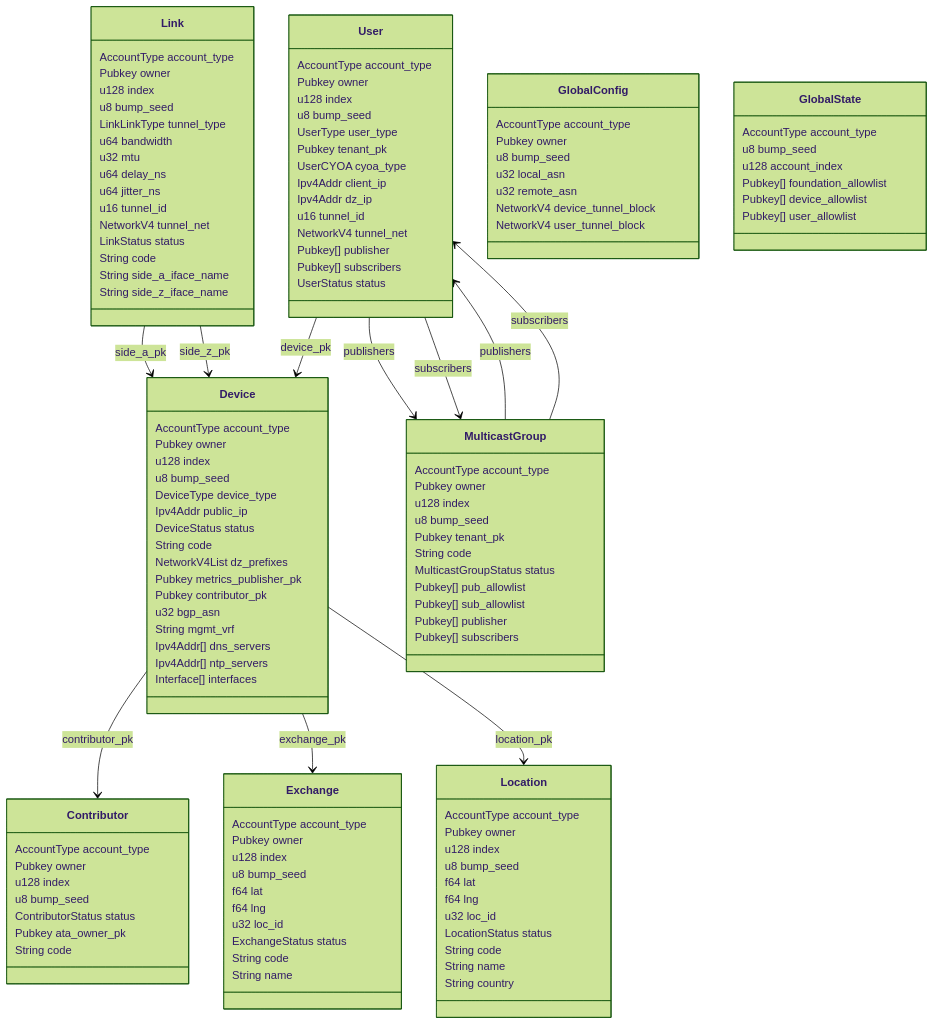
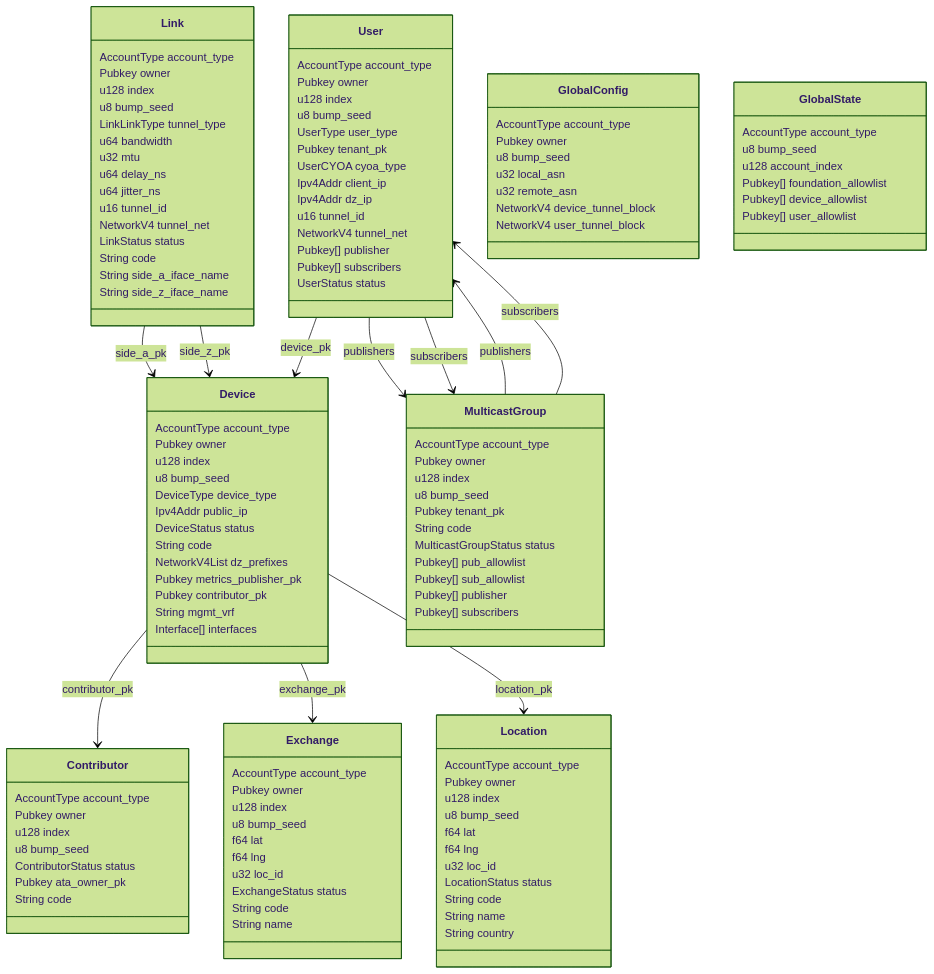
Before and after one commit to malbeclabs/doublezero: the first of 9 diagrams in smartcontract/programs/doublezero-serviceability/README.md, drawn with Mermaid (forest theme). The commit also changed other lines of this file and 50 other files, not shown here.

```diff
--- a/smartcontract/programs/doublezero-serviceability/README.md
+++ b/smartcontract/programs/doublezero-serviceability/README.md
@@ -74,10 +74,7 @@
         NetworkV4List dz_prefixes
         Pubkey metrics_publisher_pk
         Pubkey contributor_pk
-        u32 bgp_asn
         String mgmt_vrf
-        Ipv4Addr[] dns_servers
-        Ipv4Addr[] ntp_servers
         Interface[] interfaces
     }
     class Link {
```
